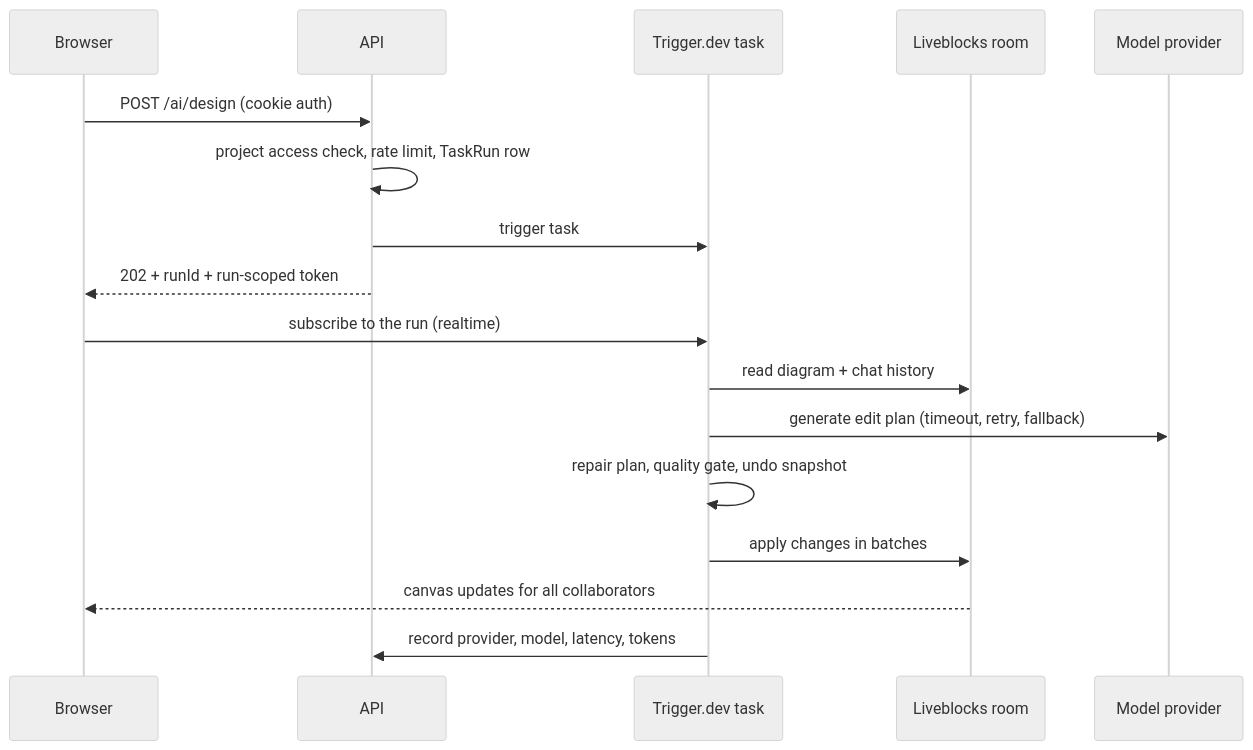
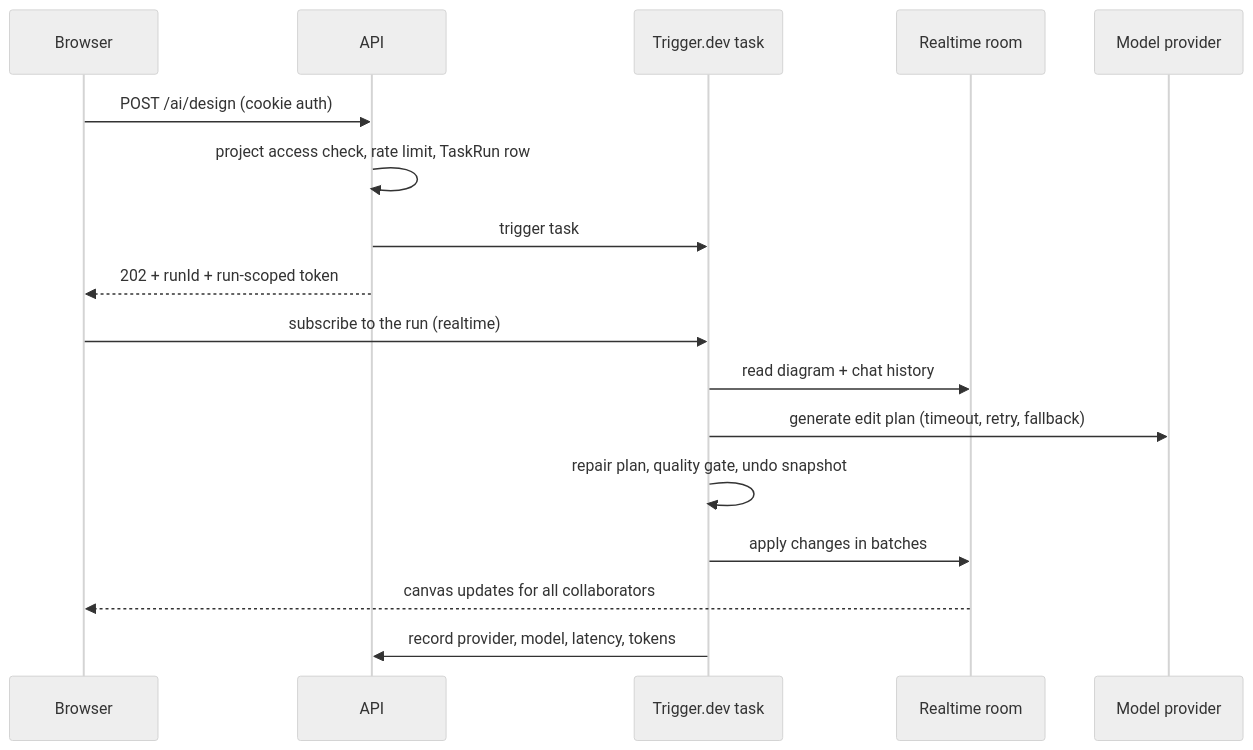
The second of 5 diagrams in README.md (venkateshg12/ghost-ai), drawn with Mermaid (neutral theme) before and after one commit. The commit also changed other lines of this file and 2 other files, not shown here.

````diff
--- a/README.md
+++ b/README.md
@@ -64,19 +65,19 @@
 ```mermaid
 sequenceDiagram
     participant U as Browser
     participant A as API
     participant T as Trigger.dev task
-    participant R as Liveblocks room
+    participant R as Realtime room
     participant M as Model provider
     U->>A: POST /ai/design (cookie auth)
     A->>A: project access check, rate limit, TaskRun row
     A->>T: trigger task
     A-->>U: 202 + runId + run-scoped token
     U->>T: subscribe to the run (realtime)
     T->>R: read diagram + chat history
     T->>M: generate edit plan (timeout, retry, fallback)
     T->>T: repair plan, quality gate, undo snapshot
     T->>R: apply changes in batches
     R-->>U: canvas updates for all collaborators
     T->>A: record provider, model, latency, tokens
 ```
````
